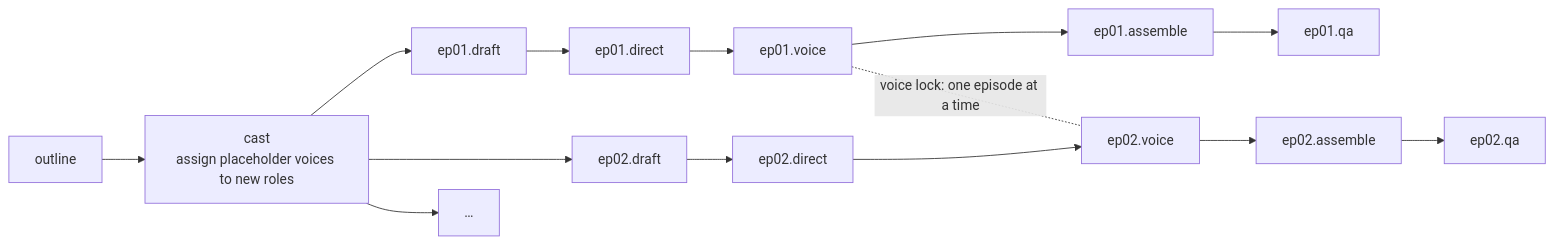
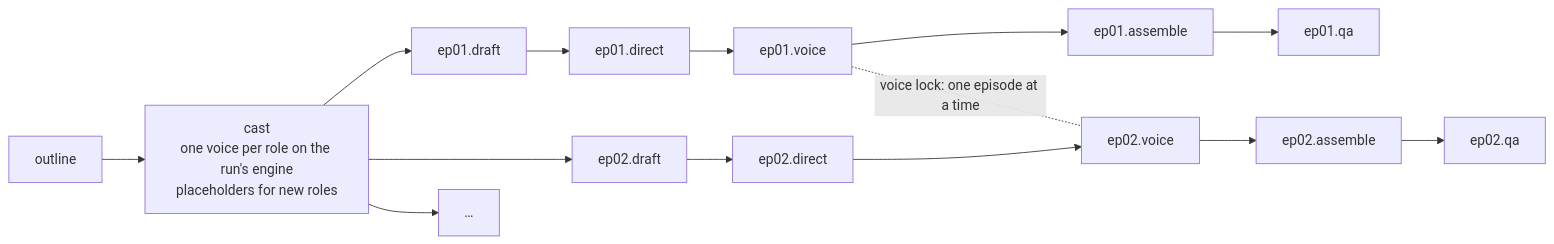
Before and after one commit to dhp-exe/ai-audio: the fifth of 6 diagrams in docs/ARCHITECTURE.md, drawn with Mermaid. The commit also changed other lines of this file and 45 other files, not shown here.

````diff
--- a/docs/ARCHITECTURE.md
+++ b/docs/ARCHITECTURE.md
@@ -246,8 +252,8 @@
 ```mermaid
 flowchart LR
-    O[outline] --> C[cast<br/>assign placeholder voices to new roles]
+    O[outline] --> C[cast<br/>one voice per role on the run's engine<br/>placeholders for new roles]
     C --> D1[ep01.draft] --> P1[ep01.direct] --> V1[ep01.voice] --> A1[ep01.assemble] --> Q1[ep01.qa]
     C --> D2[ep02.draft] --> P2[ep02.direct] --> V2[ep02.voice] --> A2[ep02.assemble] --> Q2[ep02.qa]
     C --> D3[…]
     V1 -. voice lock: one episode at a time .- V2
 ```
````
